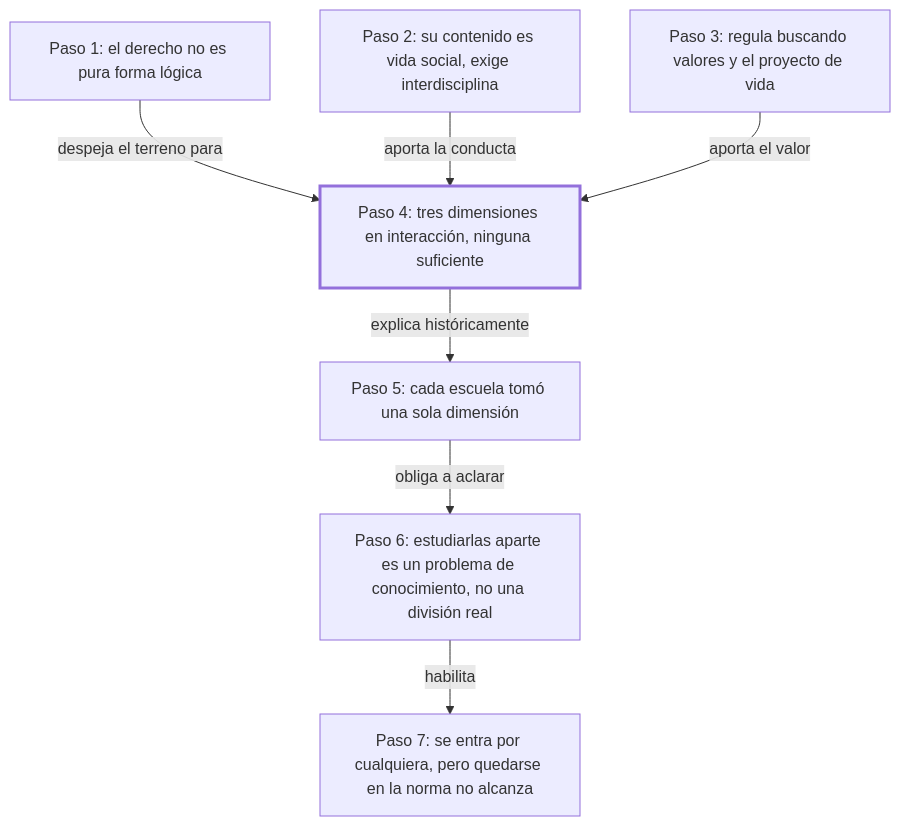
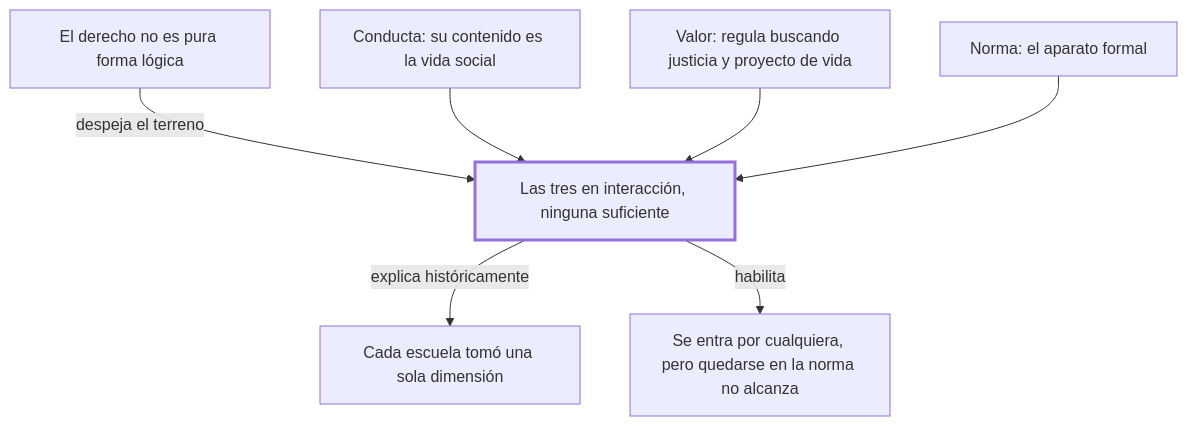
Before and after one commit to SebastianMora98/derecho: the diagram in libros/fs-diferentes-concepciones-de-lo-juridico-1/estudio/01-53-la-complejidad-de-la-experiencia-juri.md, drawn with Mermaid. The commit also changed other lines of this file and 17 other files, not shown here.

````diff
--- a/libros/fs-diferentes-concepciones-de-lo-juridico-1/estudio/01-53-la-complejidad-de-la-experiencia-juri.md
+++ b/libros/fs-diferentes-concepciones-de-lo-juridico-1/estudio/01-53-la-complejidad-de-la-experiencia-juri.md
@@ -41,17 +21,17 @@
 ```mermaid
 flowchart TD
-    P1["Paso 1: el derecho no es pura forma lógica"]
-    P2["Paso 2: su contenido es vida social, exige interdisciplina"]
-    P3["Paso 3: regula buscando valores y el proyecto de vida"]
-    T["Paso 4: tres dimensiones en interacción, ninguna suficiente"]:::critico
-    P5["Paso 5: cada escuela tomó una sola dimensión"]
-    P6["Paso 6: estudiarlas aparte es un problema de conocimiento, no una división real"]
-    P7["Paso 7: se entra por cualquiera, pero quedarse en la norma no alcanza"]
-    P1 -->|"despeja el terreno para"| T
-    P2 -->|"aporta la conducta"| T
-    P3 -->|"aporta el valor"| T
-    T -->|"explica históricamente"| P5
-    P5 -->|"obliga a aclarar"| P6
-    P6 -->|"habilita"| P7
+    F["El derecho no es pura forma lógica"]
+    C["Conducta: su contenido es la vida social"]
+    V["Valor: regula buscando justicia y proyecto de vida"]
+    N["Norma: el aparato formal"]
+    T["Las tres en interacción, ninguna suficiente"]:::critico
+    E["Cada escuela tomó una sola dimensión"]
+    P["Se entra por cualquiera, pero quedarse en la norma no alcanza"]
+    F -->|"despeja el terreno"| T
+    C --> T
+    V --> T
+    N --> T
+    T -->|"explica históricamente"| E
+    T -->|"habilita"| P
     classDef critico stroke-width:3px
 ```
````
